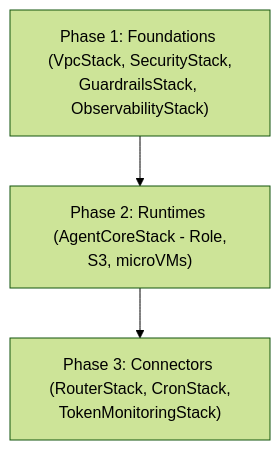
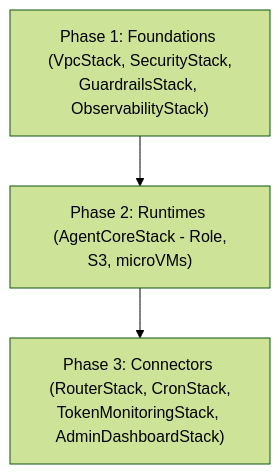
The diagram in docs/system_design/overview.md (wongcyrus/sample-host-openclaw-on-amazon-bedrock-agentcore), drawn with Mermaid (forest theme) before and after one commit. The commit also changed other lines of this file and 3 other files, not shown here.

Commit message:
docs(admin): update Phase 3 lists for AdminDashboardStack

````diff
--- a/docs/system_design/overview.md
+++ b/docs/system_design/overview.md
@@ -42,8 +42,8 @@
 ```mermaid
 graph TD
     Phase1["Phase 1: Foundations <br> (VpcStack, SecurityStack, GuardrailsStack, ObservabilityStack)"]
     Phase2["Phase 2: Runtimes <br> (AgentCoreStack - Role, S3, microVMs)"]
-    Phase3["Phase 3: Connectors <br> (RouterStack, CronStack, TokenMonitoringStack)"]
+    Phase3["Phase 3: Connectors <br> (RouterStack, CronStack, TokenMonitoringStack, AdminDashboardStack)"]
 
     Phase1 --> Phase2 --> Phase3
 ```
````
